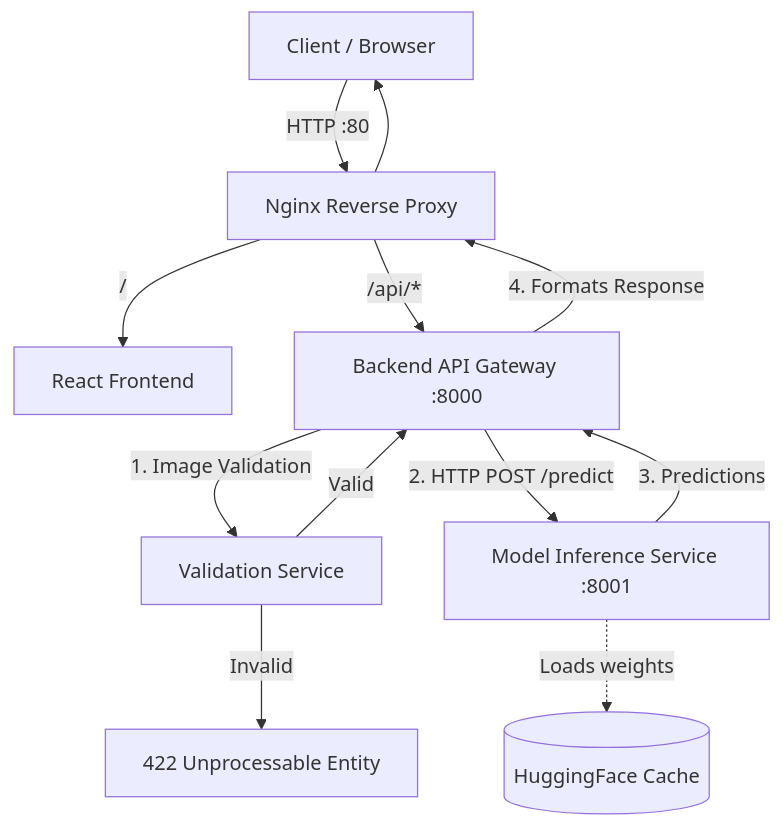
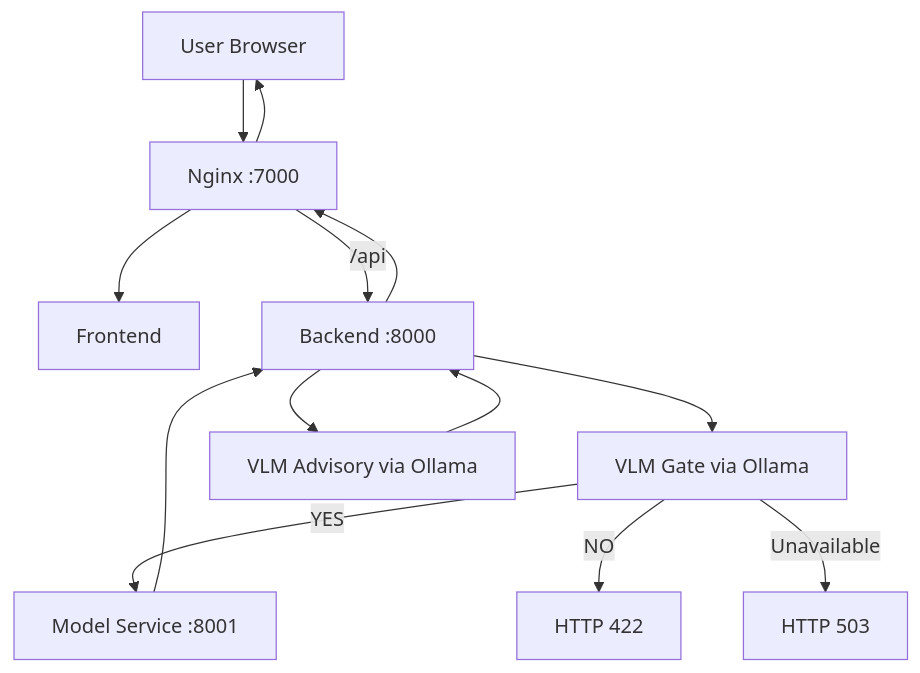
One commit to lebiraja/Retinal-AI changed the diagram in docs/SYSTEM_ARCHITECTURE.md. Above: the diagram before and after it, drawn with Mermaid. The commit also changed other lines of this file and 15 other files, not shown here.

First line of the commit message:
fix: fail-closed VLM gate — block non-eye images from CNN inference

````diff
--- a/docs/SYSTEM_ARCHITECTURE.md
+++ b/docs/SYSTEM_ARCHITECTURE.md
@@ -40,18 +23,15 @@
 ```mermaid
 graph TD
-    Client[Client / Browser] -->|HTTP :80| Nginx[Nginx Reverse Proxy]
-    
-    Nginx -->|/ | Frontend[React Frontend]
-    Nginx -->|/api/*| Backend[Backend API Gateway :8000]
-    
-    Backend -->|1. Image Validation| ValidationService[Validation Service]
-    ValidationService -- Invalid --> Error[422 Unprocessable Entity]
-    ValidationService -- Valid --> Backend
-    
-    Backend -->|2. HTTP POST /predict| ModelService[Model Inference Service :8001]
-    ModelService -.->|Loads weights| HF[(HuggingFace Cache)]
-    ModelService -->|3. Predictions| Backend
-    
-    Backend -->|4. Formats Response| Nginx
-    Nginx --> Client
+    U[User Browser] --> N[Nginx :7000]
+    N --> F[Frontend]
+    N -->|/api| B[Backend :8000]
+    B --> G[VLM Gate via Ollama]
+    G -->|YES| M[Model Service :8001]
+    G -->|NO| E422[HTTP 422]
+    G -->|Unavailable| E503[HTTP 503]
+    M --> B
+    B --> A[VLM Advisory via Ollama]
+    A --> B
+    B --> N
+    N --> U
 ```
````
